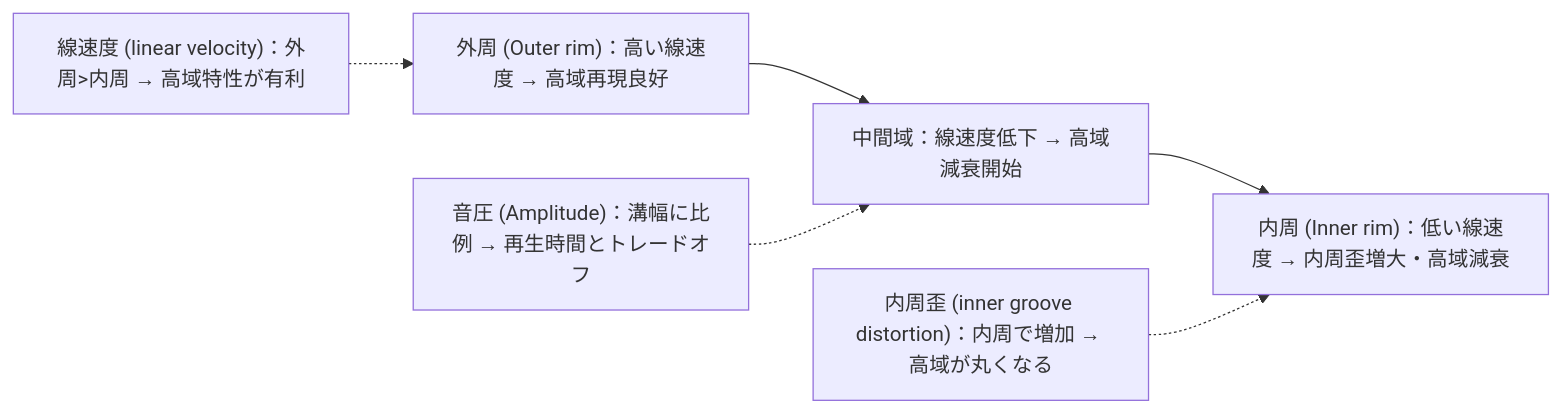
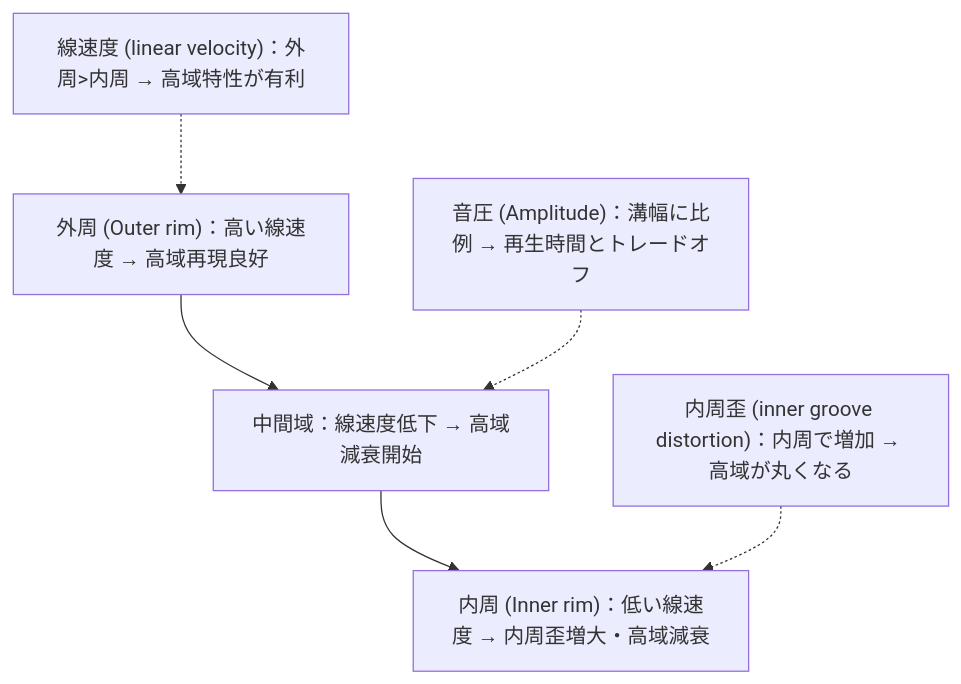
The third of 3 diagrams in _posts/2025-10-11-Colum-10-Inch-Vinyl-Tech.md (monumental-movement/monumental-movement.github.io), drawn with Mermaid before and after one commit.

```diff
--- a/_posts/2025-10-11-Colum-10-Inch-Vinyl-Tech.md
+++ b/_posts/2025-10-11-Colum-10-Inch-Vinyl-Tech.md
@@ -207,19 +207,19 @@
 <div class="mermaid">
 
-flowchart LR
+flowchart TD
     O["外周 (Outer rim)：高い線速度 → 高域再現良好"]
     M["中間域：線速度低下 → 高域減衰開始"]
     I["内周 (Inner rim)：低い線速度 → 内周歪増大・高域減衰"]
 
     O --> M --> I
 
     %% 注釈をノードで追加
     A["線速度 (linear velocity)：外周>内周 → 高域特性が有利"]
     B["内周歪 (inner groove distortion)：内周で増加 → 高域が丸くなる"]
     C["音圧 (Amplitude)：溝幅に比例 → 再生時間とトレードオフ"]
 
     A -.-> O
     B -.-> I
     C -.-> M
 
 </div>
```
